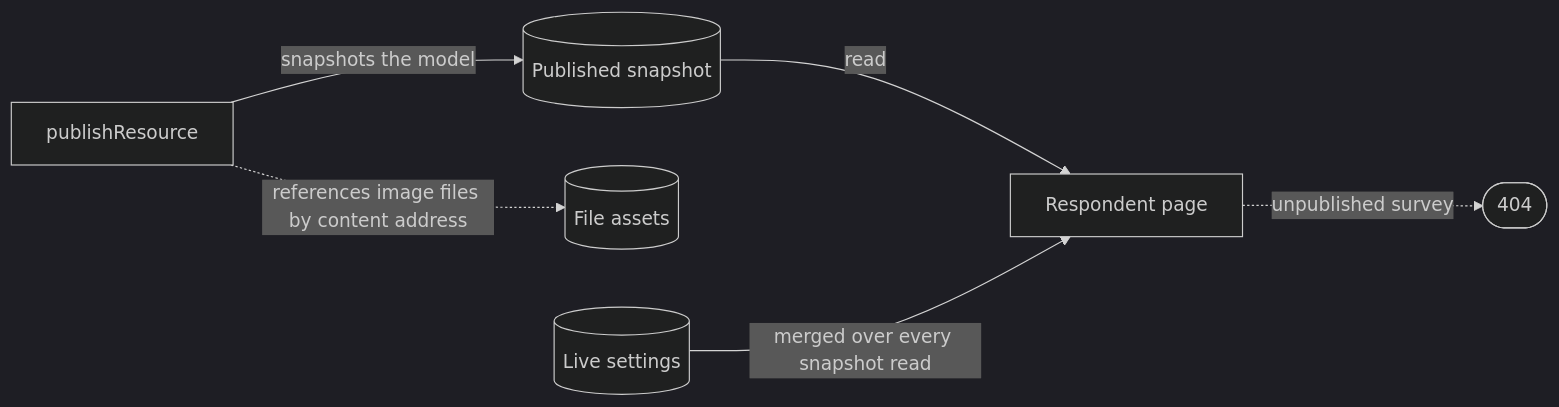
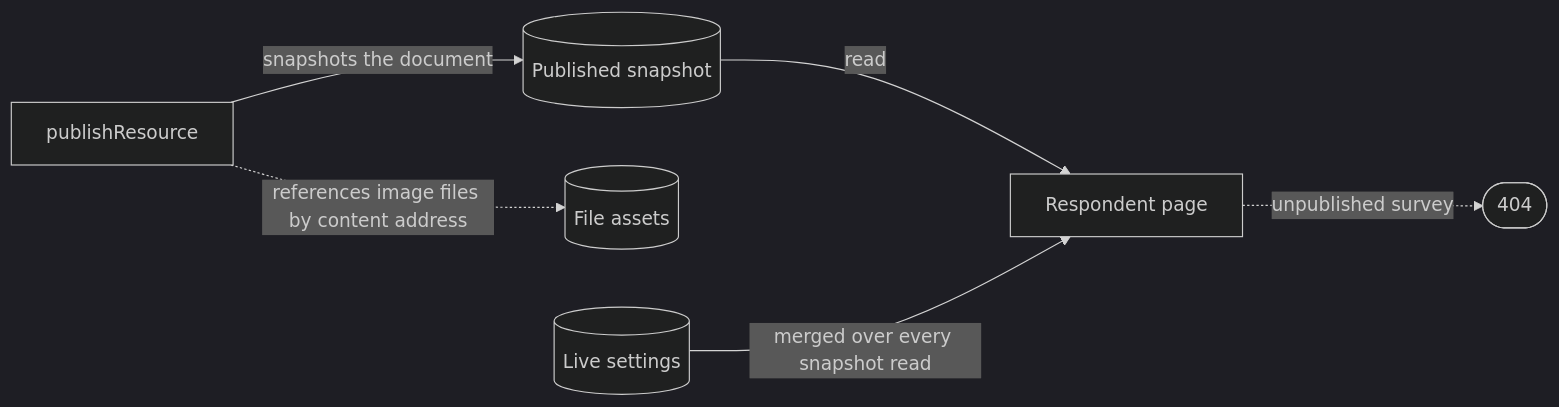
The diagram in openspec/specs/resource/survey-resource/design.md (Esposter/Esposter), drawn with Mermaid (dark theme) before and after one commit. The commit also changed other lines of this file and 16 other files, not shown here.

````diff
--- a/openspec/specs/resource/survey-resource/design.md
+++ b/openspec/specs/resource/survey-resource/design.md
@@ -18,8 +19,8 @@
 ```mermaid
 flowchart LR
-  PUB["publishResource"] -->|snapshots the model| SNAP[("Published snapshot")]
+  PUB["publishResource"] -->|snapshots the document| SNAP[("Published snapshot")]
   PUB -.->|"references image files by content address"| FILES[("File assets")]
   SNAP -->|read| PAGE["Respondent page"]
   LIVE[("Live settings")] -->|"merged over every snapshot read"| PAGE
   PAGE -.->|"unpublished survey"| NF(["404"])
 ```
````
